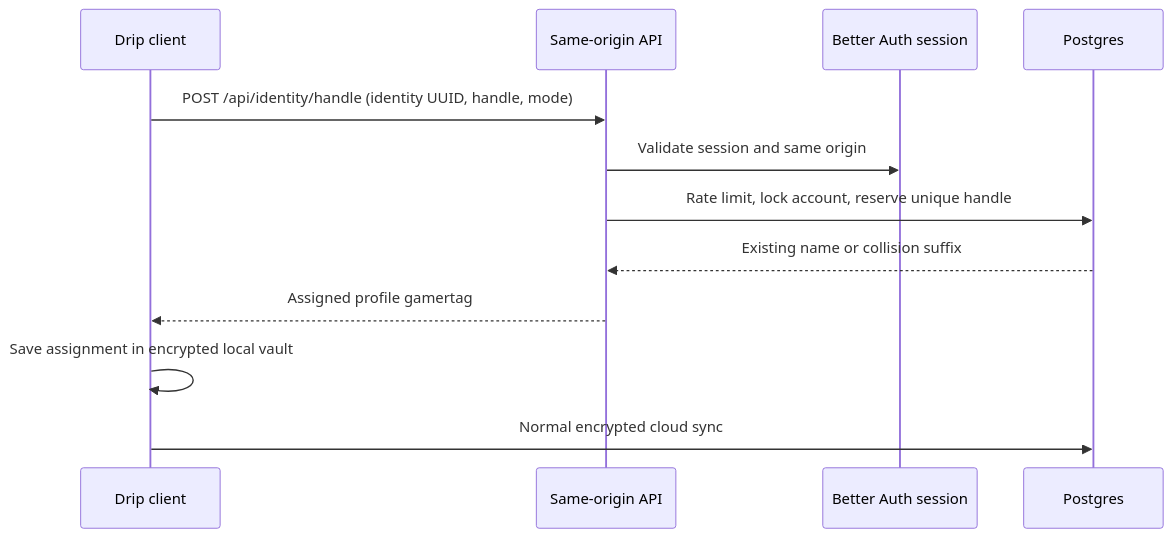
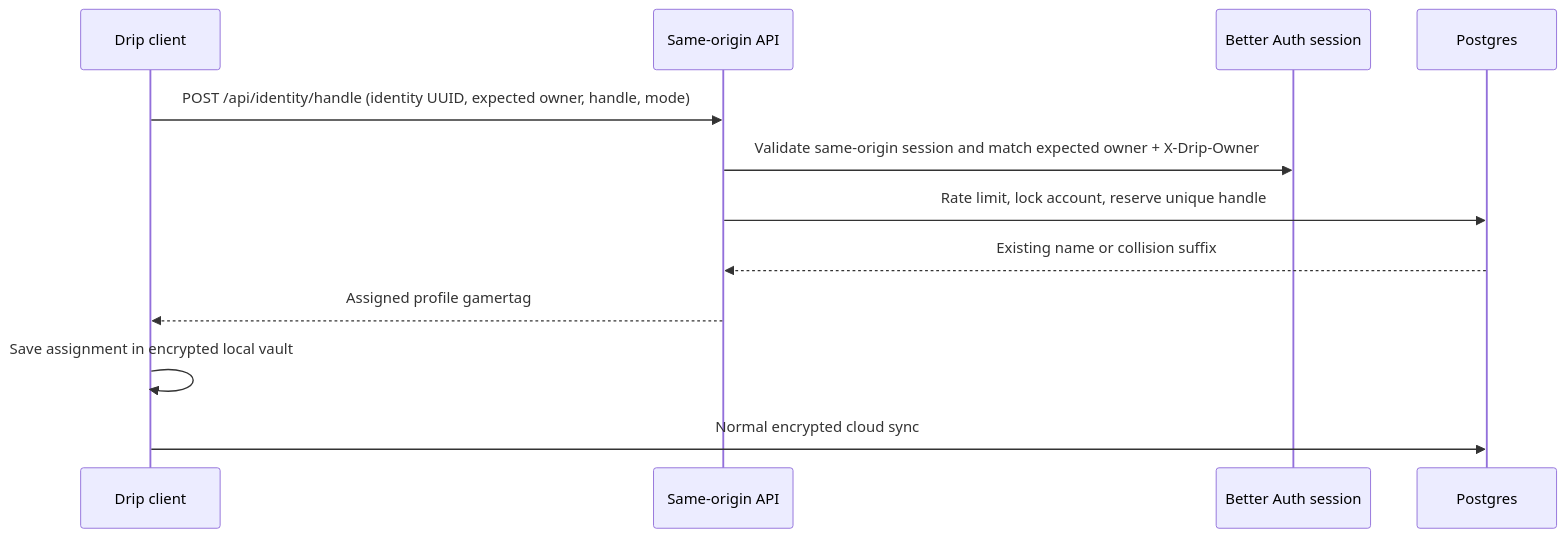
Before and after one commit to devcamos/drip: the diagram in docs/design/gamertag-reservation.md, drawn with Mermaid. The commit also changed other lines of this file and 10 other files, not shown here.

````diff
--- a/docs/design/gamertag-reservation.md
+++ b/docs/design/gamertag-reservation.md
@@ -19,14 +19,14 @@
 ```mermaid
 sequenceDiagram
   participant App as Drip client
   participant API as Same-origin API
   participant Auth as Better Auth session
   participant DB as Postgres
-  App->>API: POST /api/identity/handle (identity UUID, handle, mode)
-  API->>Auth: Validate session and same origin
+  App->>API: POST /api/identity/handle (identity UUID, expected owner, handle, mode)
+  API->>Auth: Validate same-origin session and match expected owner + X-Drip-Owner
   API->>DB: Rate limit, lock account, reserve unique handle
   DB-->>API: Existing name or collision suffix
   API-->>App: Assigned profile gamertag
   App->>App: Save assignment in encrypted local vault
   App->>DB: Normal encrypted cloud sync
 ```
````
